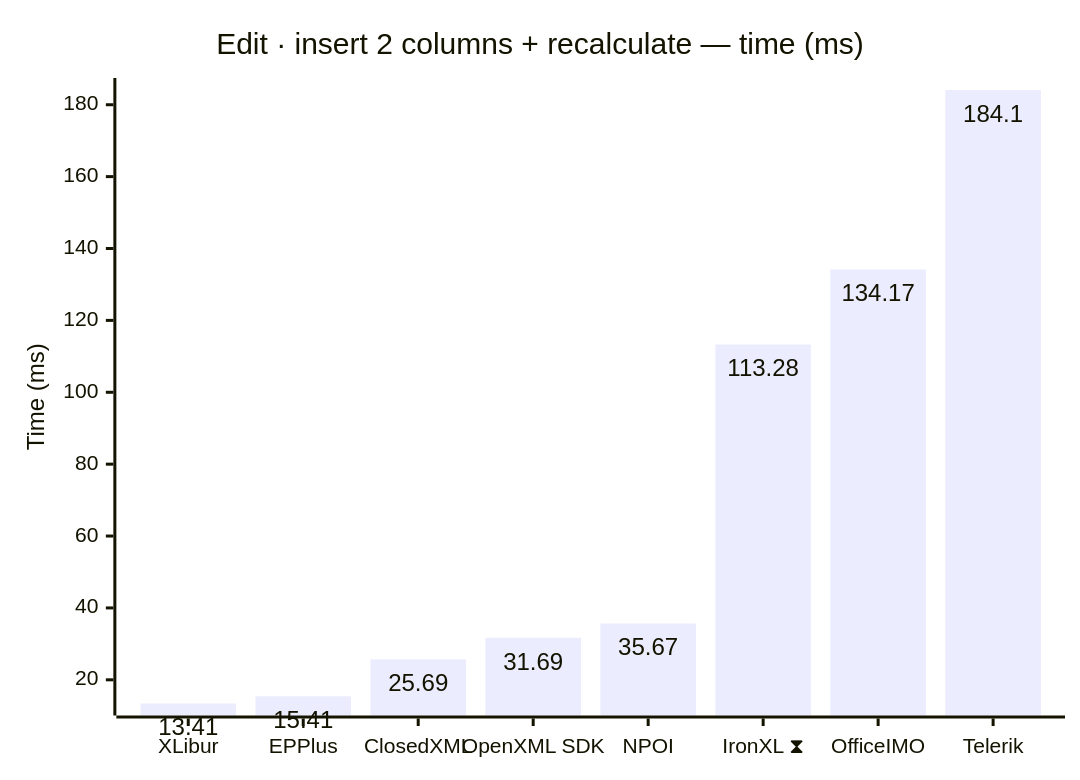
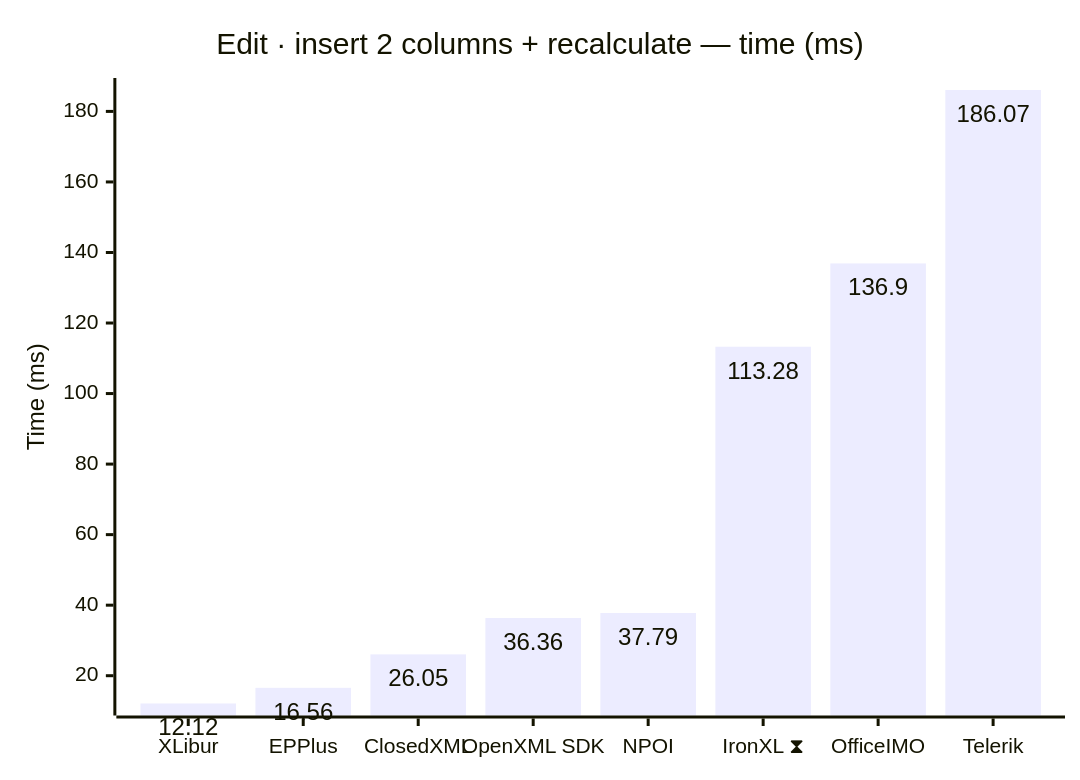
One commit to jafin/XLBench changed diagram 11 of 12 in docs/results.md. Above: the diagram before and after it, drawn with Mermaid. The commit also changed other lines of this file and 4 other files, not shown here.

````diff
--- a/docs/results.md
+++ b/docs/results.md
@@ -172,12 +172,12 @@
 ```mermaid
 ---
 config:
   xyChart:
     showDataLabel: true
 ---
 xychart-beta
     title "Edit · insert 2 columns + recalculate — time (ms)"
     x-axis ["XLibur", "EPPlus", "ClosedXML", "OpenXML SDK", "NPOI", "IronXL ⧗", "OfficeIMO", "Telerik"]
     y-axis "Time (ms)"
-    bar [13.41, 15.41, 25.69, 31.69, 35.67, 113.28, 134.17, 184.1]
+    bar [12.12, 16.56, 26.05, 36.36, 37.79, 113.28, 136.9, 186.07]
 ```
````
